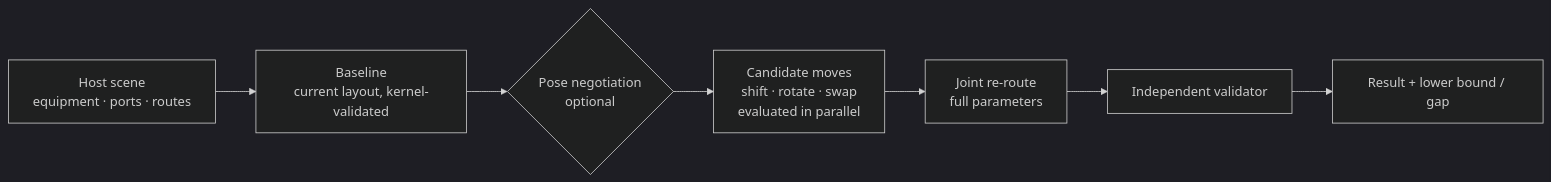
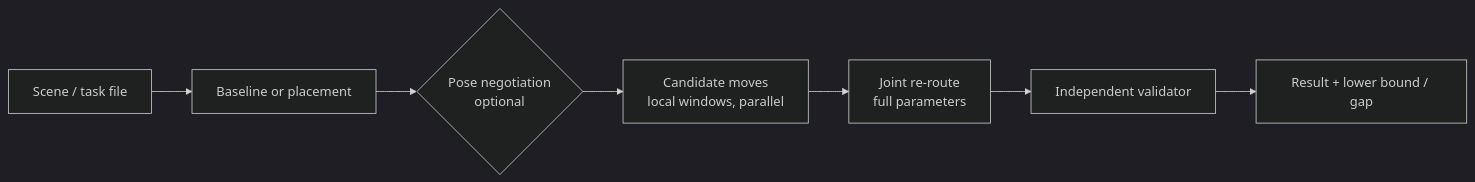
The diagram in README.md (66-zhimeng/layout-kernel), drawn with Mermaid (dark theme) before and after one commit. The commit also changed other lines of this file and 20 other files, not shown here.

````diff
--- a/README.md
+++ b/README.md
@@ -43,9 +96,9 @@
 ```mermaid
 flowchart LR
-    A[Host scene<br/>equipment · ports · routes] --> B[Baseline<br/>current layout, kernel-validated]
+    A[Scene / task file] --> B[Baseline or placement]
     B --> C{Pose negotiation<br/>optional}
-    C --> D[Candidate moves<br/>shift · rotate · swap<br/>evaluated in parallel]
+    C --> D[Candidate moves<br/>local windows, parallel]
     D --> E[Joint re-route<br/>full parameters]
     E --> F[Independent validator]
     F --> G[Result + lower bound / gap]
 ```
````
